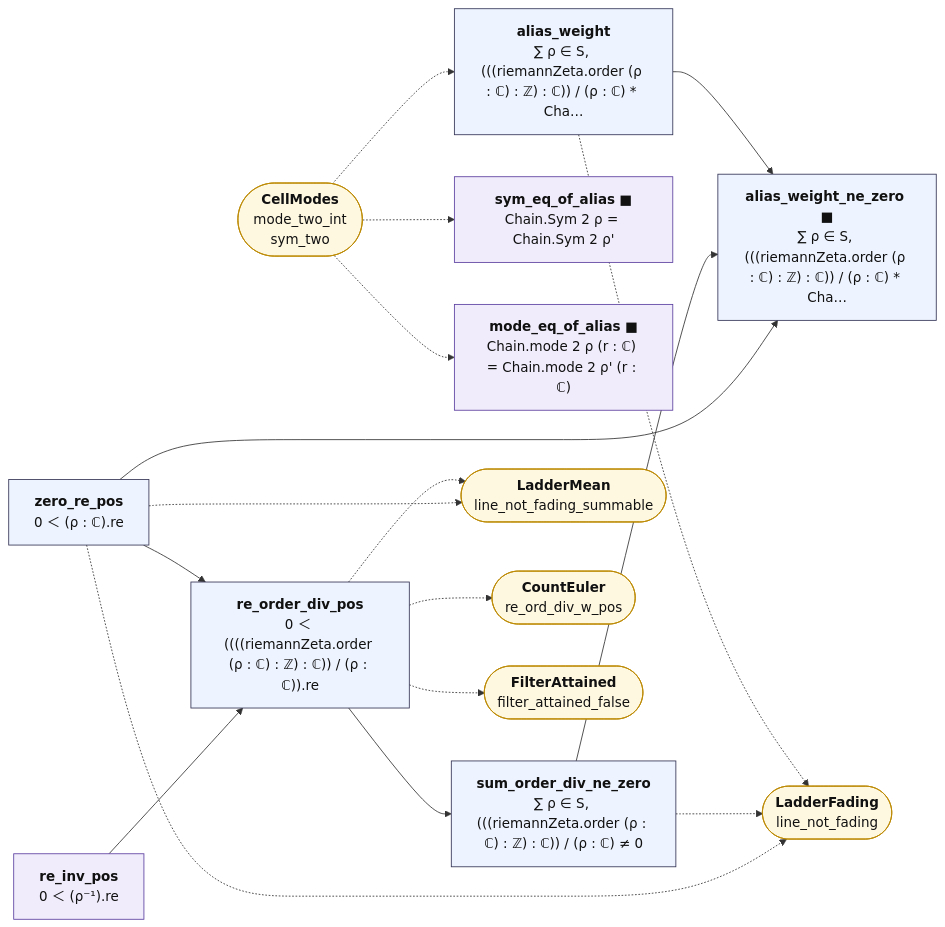
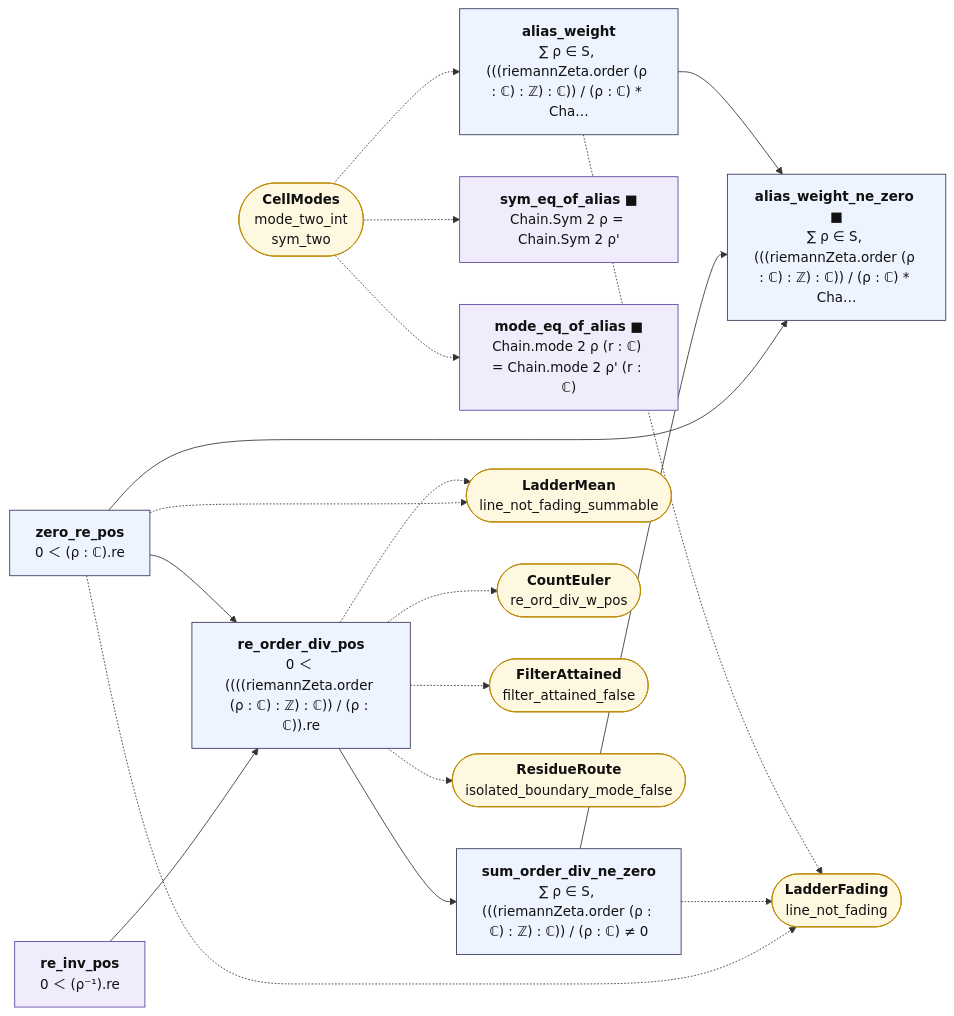
Before and after one commit to juliansambranojr/Primebeat_081426: the diagram in map/lean_stage3/AliasClass.mmd, drawn with Mermaid. The commit also changed 24 other files, not shown here.

```diff
--- a/map/lean_stage3/AliasClass.mmd
+++ b/map/lean_stage3/AliasClass.mmd
@@ -1,38 +1,40 @@
 flowchart LR
   n0["<b>re_inv_pos</b><br/>0 ＜ (ρ⁻¹).re"]:::shp
   n1["<b>zero_re_pos</b><br/>0 ＜ (ρ : ℂ).re"]:::thm
   n2["<b>re_order_div_pos</b><br/>0 ＜ ((((riemannZeta.order (ρ : ℂ) : ℤ) : ℂ)) / (ρ : ℂ)).re"]:::thm
   n3["<b>sum_order_div_ne_zero</b><br/>∑ ρ ∈ S, (((riemannZeta.order (ρ : ℂ) : ℤ) : ℂ)) / (ρ : ℂ) ≠ 0"]:::thm
   n4["<b>sym_eq_of_alias ■</b><br/>Chain.Sym 2 ρ = Chain.Sym 2 ρ'"]:::shp
   n5["<b>mode_eq_of_alias ■</b><br/>Chain.mode 2 ρ (r : ℂ) = Chain.mode 2 ρ' (r : ℂ)"]:::shp
   n6["<b>alias_weight</b><br/>∑ ρ ∈ S, (((riemannZeta.order (ρ : ℂ) : ℤ) : ℂ)) / (ρ : ℂ) * Cha…"]:::thm
   n7["<b>alias_weight_ne_zero ■</b><br/>∑ ρ ∈ S, (((riemannZeta.order (ρ : ℂ) : ℤ) : ℂ)) / (ρ : ℂ) * Cha…"]:::thm
   x0(["<b>LadderFading</b><br/>line_not_fading"]):::ext
   x1(["<b>LadderMean</b><br/>line_not_fading_summable"]):::ext
   x2(["<b>CountEuler</b><br/>re_ord_div_w_pos"]):::ext
   x3(["<b>FilterAttained</b><br/>filter_attained_false"]):::ext
-  x4(["<b>CellModes</b><br/>mode_two_int<br/>sym_two"]):::ext
+  x4(["<b>ResidueRoute</b><br/>isolated_boundary_mode_false"]):::ext
+  x5(["<b>CellModes</b><br/>mode_two_int<br/>sym_two"]):::ext
   n0 --> n2
   n1 --> n2
   n1 --> n7
   n2 --> n3
   n3 --> n7
   n6 --> n7
   n1 -.-> x0
   n1 -.-> x1
   n2 -.-> x1
   n2 -.-> x2
   n2 -.-> x3
+  n2 -.-> x4
   n3 -.-> x0
   n6 -.-> x0
-  x4 -.-> n4
-  x4 -.-> n5
-  x4 -.-> n6
+  x5 -.-> n4
+  x5 -.-> n5
+  x5 -.-> n6
   classDef cnt fill:#dff5ec,stroke:#17694a,color:#111
   classDef shp fill:#f1ecfb,stroke:#5b3fa0,color:#111
   classDef rh fill:#ffe5e5,stroke:#c22,color:#111,stroke-width:2px
   classDef thm fill:#eef4ff,stroke:#335,color:#111
   classDef end_ fill:#e7f7e7,stroke:#2a7,color:#111,stroke-width:2px
   classDef lone fill:#fff,stroke:#999,color:#111,stroke-dasharray:4 3
   classDef bad fill:#ffe5e5,stroke:#c22,color:#111,stroke-width:2px
   classDef ext fill:#fff8e1,stroke:#b80,color:#111
```
